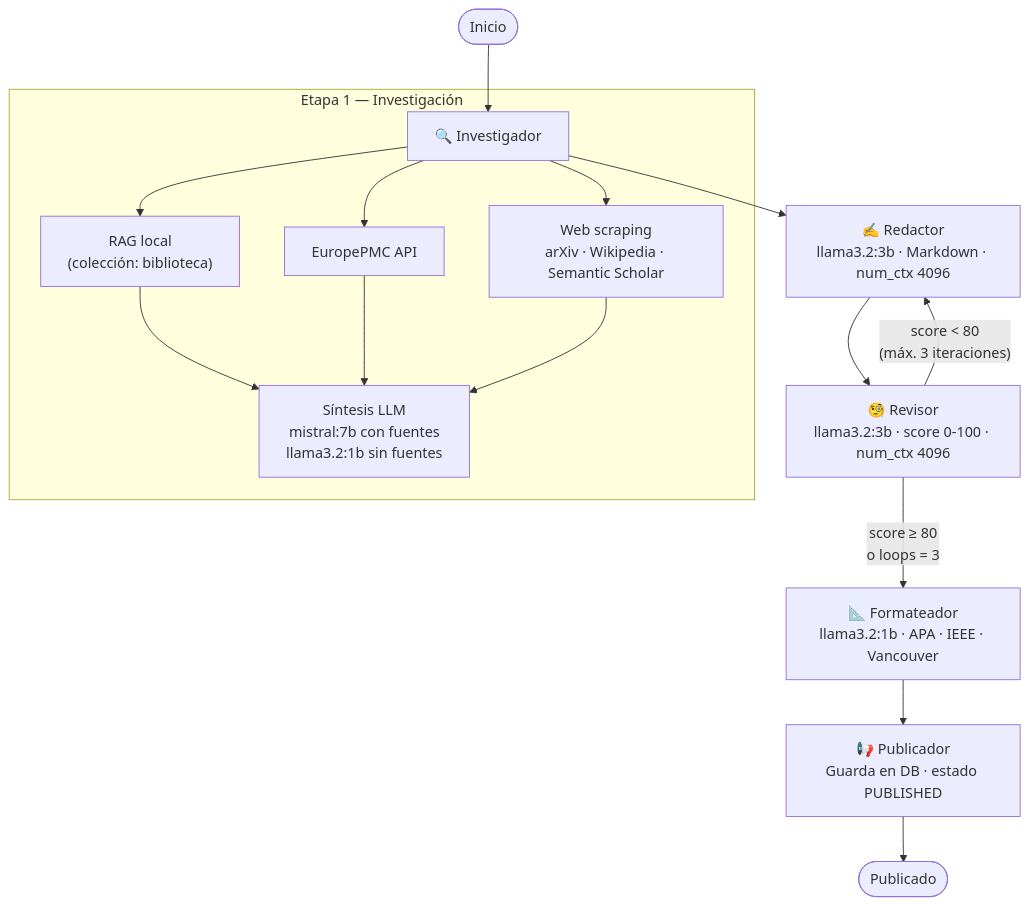
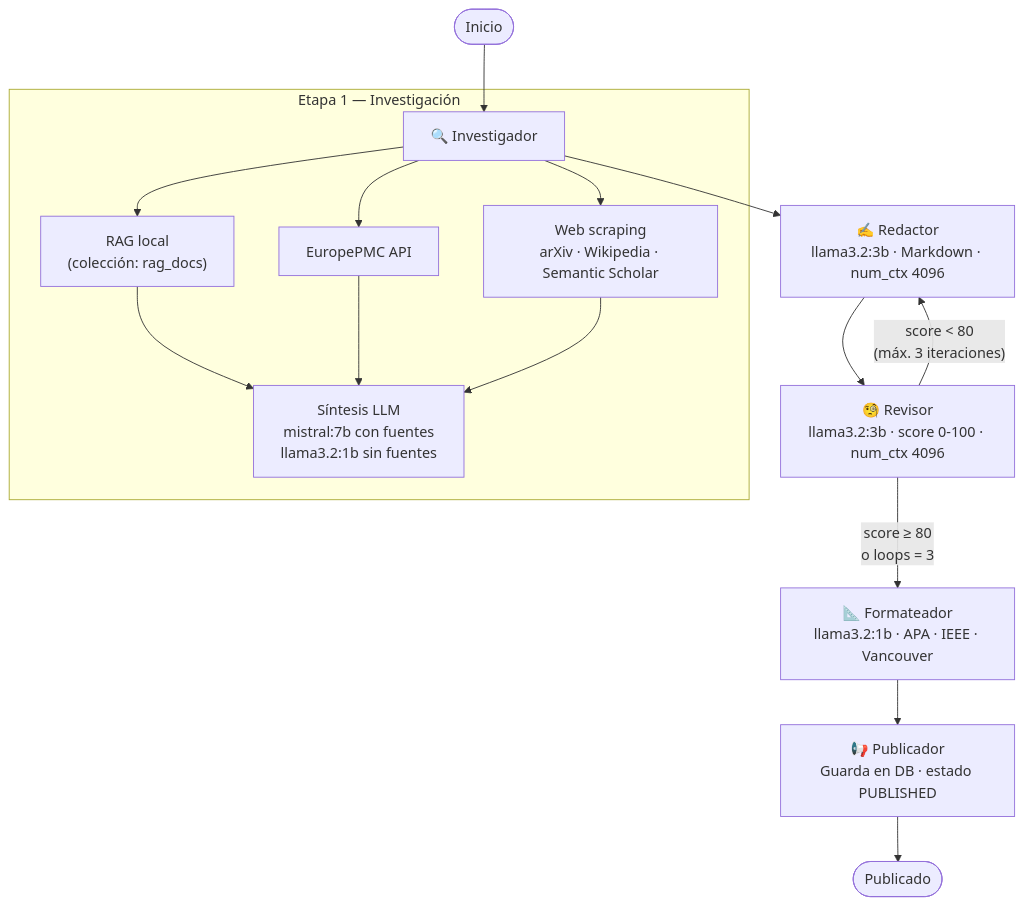
The first of 2 diagrams in README.md (luxinopanyvino/swarm-platform-builder), drawn with Mermaid before and after one commit. The commit also changed other lines of this file and 7 other files, not shown here.

````diff
--- a/README.md
+++ b/README.md
@@ -225,23 +225,23 @@
 ```mermaid
 flowchart TD
     START([Inicio]) --> INV
 
     subgraph INV_BLOCK["Etapa 1 — Investigación"]
         INV["🔍 Investigador"]
-        RAG_LOCAL["RAG local\n(colección: biblioteca)"]
+        RAG_LOCAL["RAG local\n(colección: rag_docs)"]
         EUROPMC["EuropePMC API"]
         SCRAPER["Web scraping\narXiv · Wikipedia · Semantic Scholar"]
         SYNTH["Síntesis LLM\nmistral:7b con fuentes\nllama3.2:1b sin fuentes"]
         INV --> RAG_LOCAL & EUROPMC & SCRAPER --> SYNTH
     end
 
     INV --> RED["✍️ Redactor\nllama3.2:3b · Markdown · num_ctx 4096"]
 
     RED --> REV["🧐 Revisor\nllama3.2:3b · score 0-100 · num_ctx 4096"]
 
     REV -- "score < 80\n(máx. 3 iteraciones)" --> RED
     REV -- "score ≥ 80\no loops = 3" --> FMT["📐 Formateador\nllama3.2:1b · APA · IEEE · Vancouver"]
 
     FMT --> PUB["📢 Publicador\nGuarda en DB · estado PUBLISHED"]
     PUB --> END([Publicado])
 ```
````
